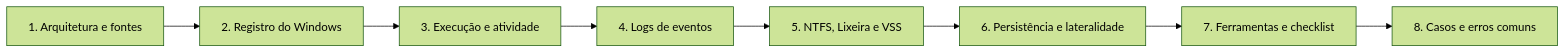
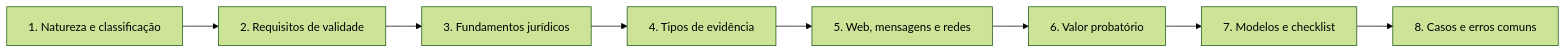
One commit to 6x9wfjdvxx-glitch/digital-forensics-lab changed the diagram in 06-evidencias-digitais/README.md. Above: the diagram before and after it, drawn with Mermaid (forest theme). The commit also changed other lines of this file, not shown here.

````diff
--- a/06-evidencias-digitais/README.md
+++ b/06-evidencias-digitais/README.md
@@ -9,10 +9,10 @@
 ```mermaid
 flowchart LR
-    A["1. Arquitetura e fontes"] --> B["2. Registro do Windows"]
-    B --> C["3. Execução e atividade"]
-    C --> D["4. Logs de eventos"]
-    D --> E["5. NTFS, Lixeira e VSS"]
-    E --> F["6. Persistência e lateralidade"]
-    F --> G["7. Ferramentas e checklist"]
+    A["1. Natureza e classificação"] --> B["2. Requisitos de validade"]
+    B --> C["3. Fundamentos jurídicos"]
+    C --> D["4. Tipos de evidência"]
+    D --> E["5. Web, mensagens e redes"]
+    E --> F["6. Valor probatório"]
+    F --> G["7. Modelos e checklist"]
     G --> H["8. Casos e erros comuns"]
 ```
````
